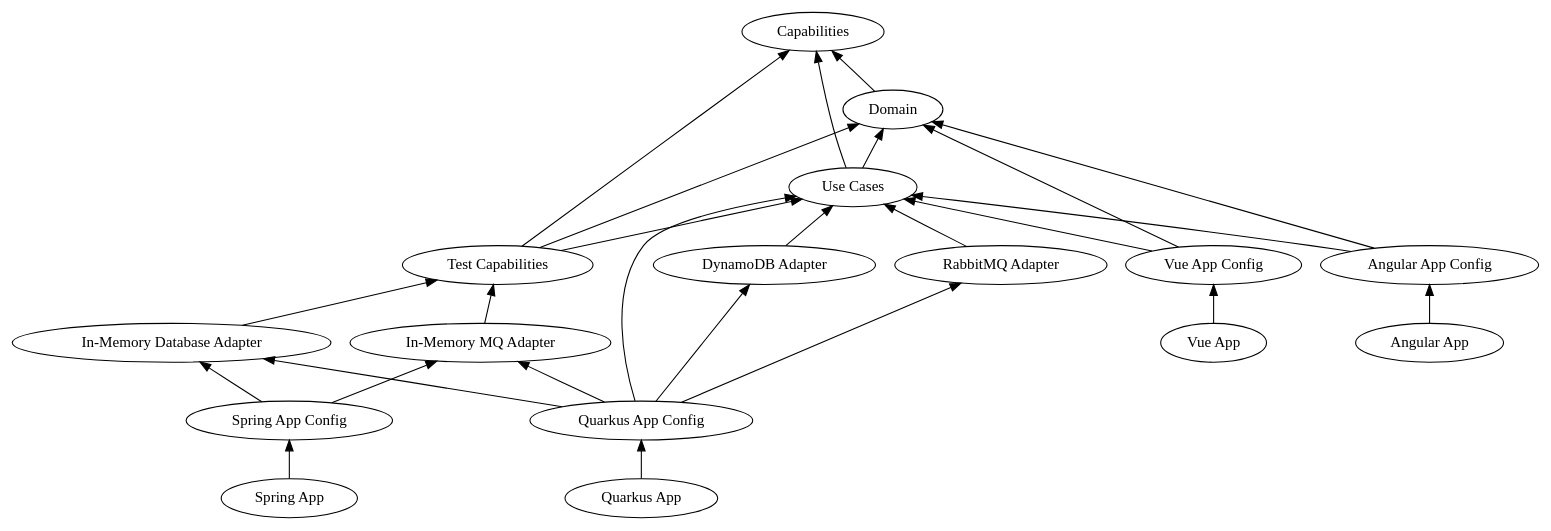
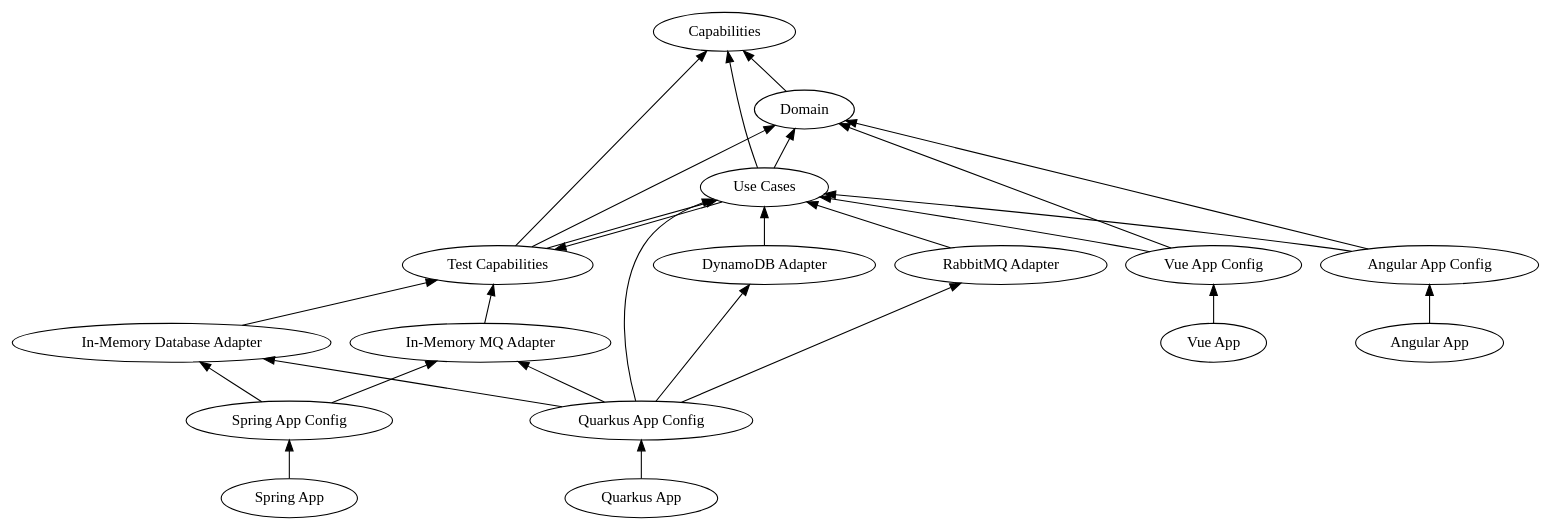
One commit to RFS-0/ch.resrc.tichu changed the diagram in documentation/architecture.adoc. Above: the diagram before and after it, drawn with Graphviz.

Commit message:
Add dependency of use case module to test capabilities

```diff
--- a/documentation/architecture.adoc
+++ b/documentation/architecture.adoc
@@ -3,49 +3,50 @@
 [graphviz,modules,svg]
 ....
 digraph modules {
     rankdir = BT;
 
     Capabilities
     Domain
     "Test Capabilities"
     "Use Cases"
     "In-Memory Database Adapter"
     "DynamoDB Adapter"
     "In-Memory MQ Adapter"
     "RabbitMQ Adapter"
     "Quarkus App Config"
     "Spring App Config"
     "Vue App Config"
     "Angular App Config"
     "Quarkus App"
     "Spring App"
     "Vue App"
     "Angular App"
 
     Domain -> Capabilities
     "Test Capabilities" -> Capabilities
     "Use Cases" -> Capabilities
     "Use Cases" -> Domain
+    "Use Cases" -> "Test Capabilities"
     "Test Capabilities" -> Domain
     "Vue App Config" -> Domain
     "Angular App Config" -> Domain
     "Test Capabilities" -> "Use Cases"
     "DynamoDB Adapter" -> "Use Cases"
     "RabbitMQ Adapter" -> "Use Cases"
     "Quarkus App Config" -> "Use Cases"
     "Vue App Config" -> "Use Cases"
     "Angular App Config" -> "Use Cases"
     "In-Memory Database Adapter" -> "Test Capabilities"
     "In-Memory MQ Adapter" -> "Test Capabilities"
     "Quarkus App Config" -> "In-Memory Database Adapter"
     "Quarkus App Config" -> "DynamoDB Adapter"
     "Quarkus App Config" -> "In-Memory MQ Adapter"
     "Quarkus App Config" -> "RabbitMQ Adapter"
     "Spring App Config" -> "In-Memory Database Adapter"
     "Spring App Config" -> "In-Memory MQ Adapter"
     "Quarkus App" -> "Quarkus App Config"
     "Spring App" -> "Spring App Config"
     "Vue App" -> "Vue App Config"
     "Angular App" -> "Angular App Config"
 }
 ....
```
